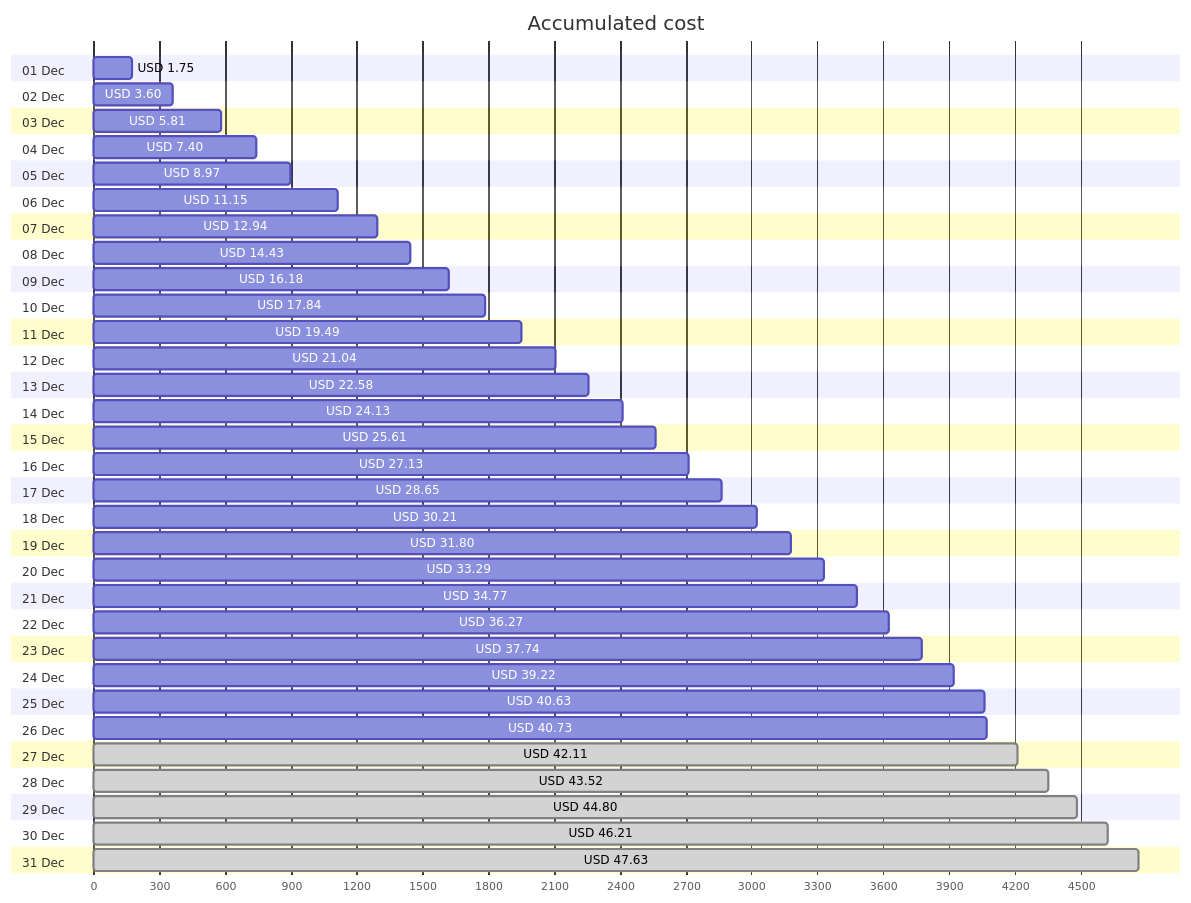
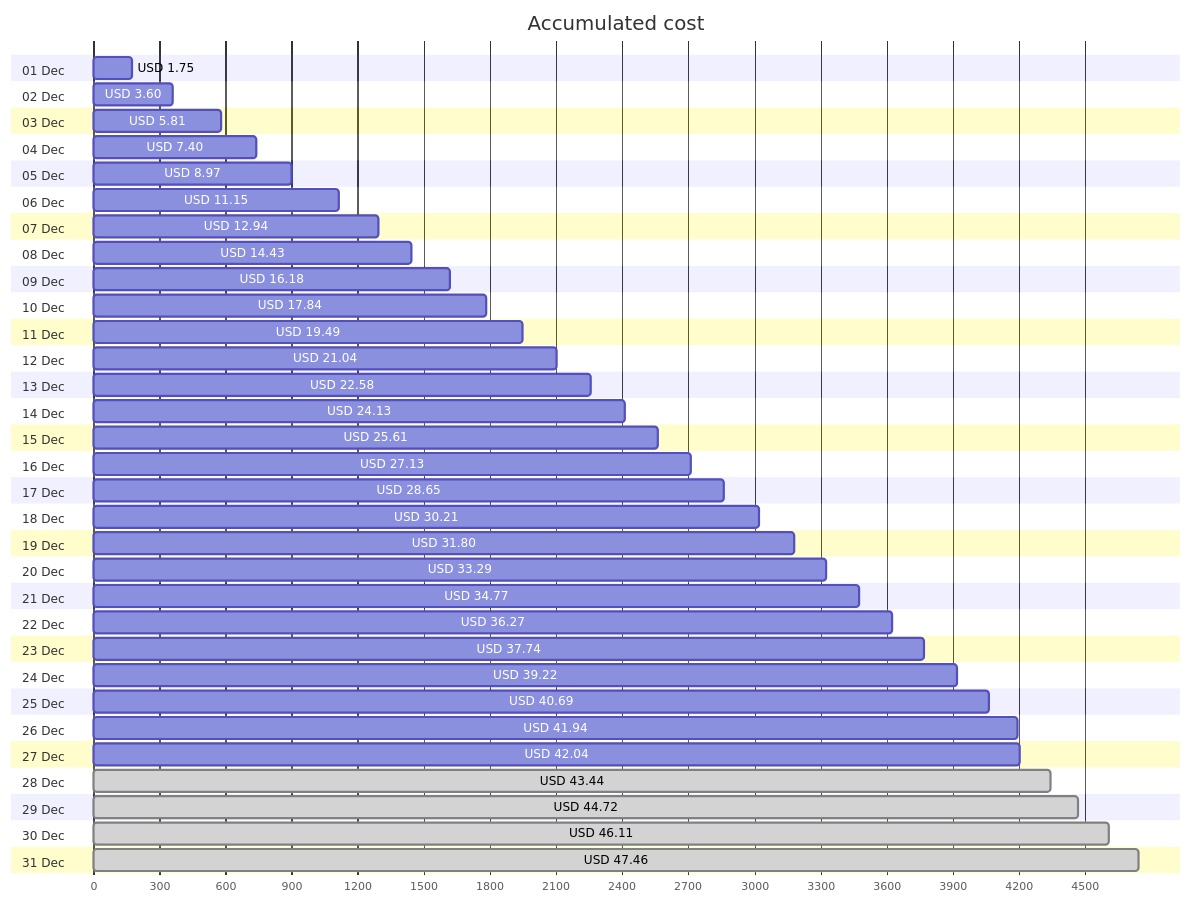
One commit to jpfulton/azure-personal-reports changed the first of 4 diagrams in cost-reports/personal-network/README.md. Above: the diagram before and after it, drawn with Mermaid. The commit also changed other lines of this file and 8 other files, not shown here.

````diff
--- a/cost-reports/personal-network/README.md
+++ b/cost-reports/personal-network/README.md
@@ -20,68 +20,68 @@
 ```mermaid
 gantt
    title Accumulated cost
    dateFormat  X
    axisFormat %s
    section 01 Dec
    USD 1.75 :0, 175
    section 02 Dec
    USD 3.60 :0, 360
    section 03 Dec
    USD 5.81 :0, 581
    section 04 Dec
    USD 7.40 :0, 740
    section 05 Dec
    USD 8.97 :0, 897
    section 06 Dec
    USD 11.15 :0, 1115
    section 07 Dec
    USD 12.94 :0, 1294
    section 08 Dec
    USD 14.43 :0, 1443
    section 09 Dec
    USD 16.18 :0, 1618
    section 10 Dec
    USD 17.84 :0, 1784
    section 11 Dec
    USD 19.49 :0, 1949
    section 12 Dec
    USD 21.04 :0, 2104
    section 13 Dec
    USD 22.58 :0, 2258
    section 14 Dec
    USD 24.13 :0, 2413
    section 15 Dec
    USD 25.61 :0, 2561
    section 16 Dec
    USD 27.13 :0, 2713
    section 17 Dec
    USD 28.65 :0, 2865
    section 18 Dec
    USD 30.21 :0, 3021
    section 19 Dec
    USD 31.80 :0, 3180
    section 20 Dec
    USD 33.29 :0, 3329
    section 21 Dec
    USD 34.77 :0, 3477
    section 22 Dec
    USD 36.27 :0, 3627
    section 23 Dec
    USD 37.74 :0, 3774
    section 24 Dec
    USD 39.22 :0, 3922
    section 25 Dec
-   USD 40.63 :0, 4063
+   USD 40.69 :0, 4069
    section 26 Dec
-   USD 40.73 :0, 4073
+   USD 41.94 :0, 4194
    section 27 Dec
-   USD 42.11 : done, 0, 4211
+   USD 42.04 :0, 4204
    section 28 Dec
-   USD 43.52 : done, 0, 4352
+   USD 43.44 : done, 0, 4344
    section 29 Dec
-   USD 44.80 : done, 0, 4480
+   USD 44.72 : done, 0, 4472
    section 30 Dec
-   USD 46.21 : done, 0, 4621
+   USD 46.11 : done, 0, 4611
    section 31 Dec
-   USD 47.63 : done, 0, 4763
+   USD 47.46 : done, 0, 4746
 ```
````
